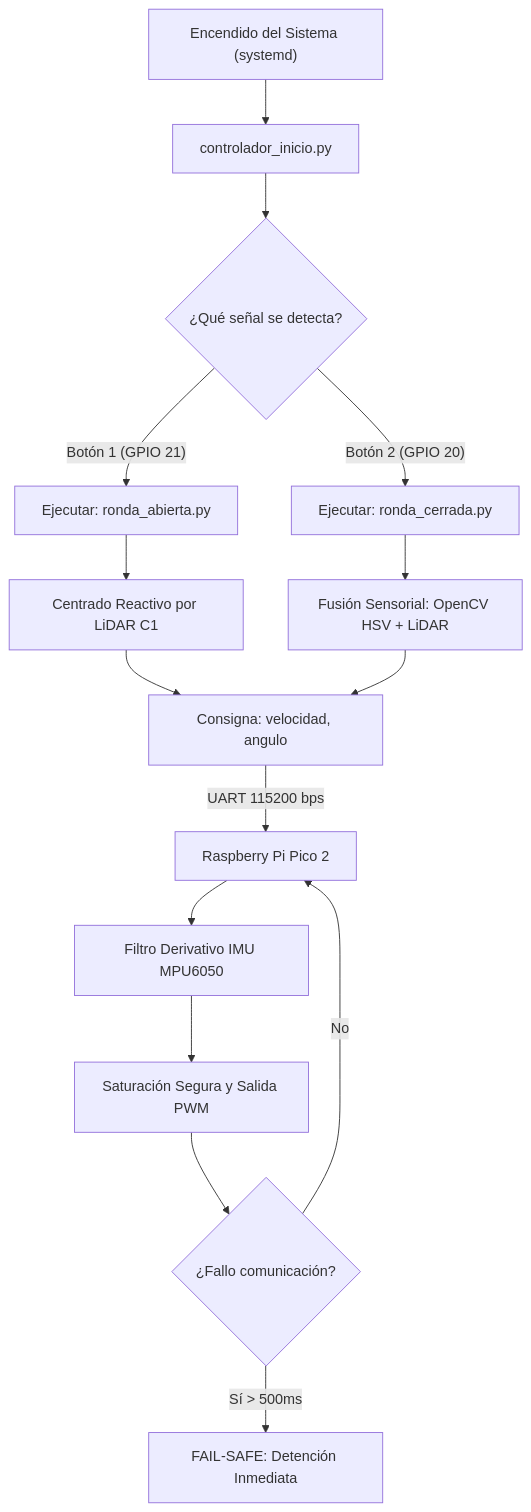
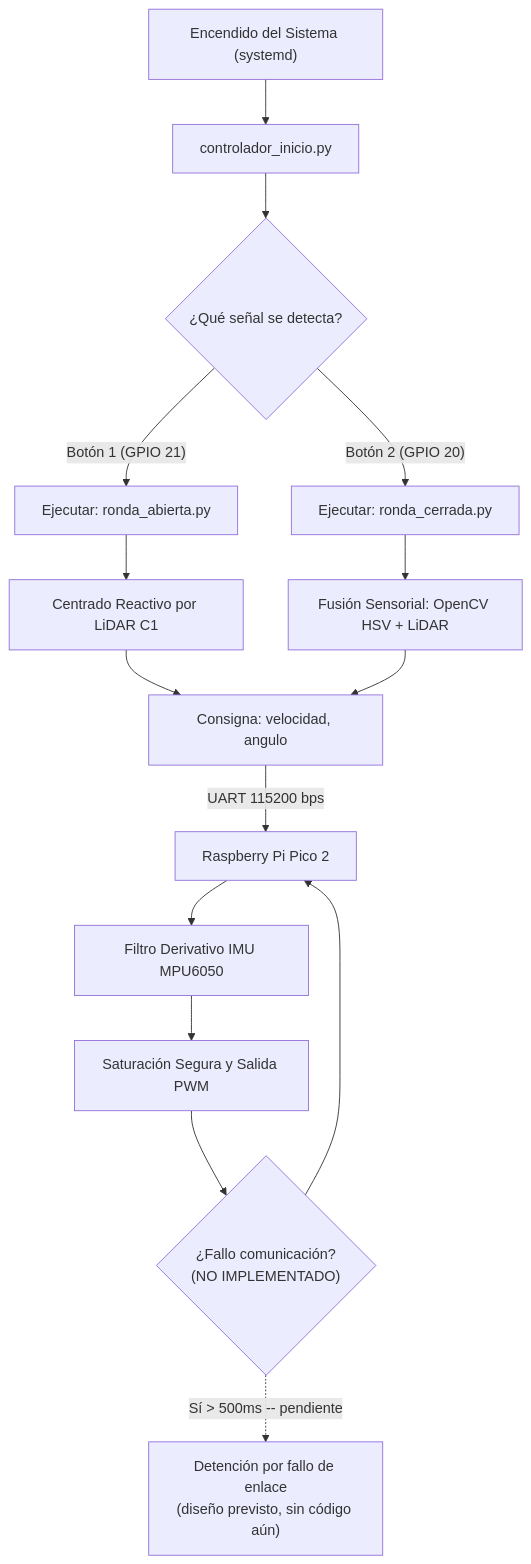
One commit to Team-Los-Cedros/WRO-FE-26 changed the first of 4 diagrams in README.md. Above: the diagram before and after it, drawn with Mermaid. The commit also changed other lines of this file, not shown here.

First line of the commit message:
docs: auditar los 4 diagramas Mermaid del repo contra el codigo real

````diff
--- a/README.md
+++ b/README.md
@@ -274,23 +274,23 @@
 ```mermaid
 graph TD
     A["Encendido del Sistema (systemd)"] --> B["controlador_inicio.py"]
     B --> C{"¿Qué señal se detecta?"}
     
     C -->|"Botón 1 (GPIO 21)"| D["Ejecutar: ronda_abierta.py"]
     C -->|"Botón 2 (GPIO 20)"| E["Ejecutar: ronda_cerrada.py"]
     
     D --> F["Centrado Reactivo por LiDAR C1"]
     E --> G["Fusión Sensorial: OpenCV HSV + LiDAR"]
     
     F --> H["Consigna: velocidad, angulo"]
     G --> H
     
     H -->|"UART 115200 bps"| I["Raspberry Pi Pico 2"]
     I --> J["Filtro Derivativo IMU MPU6050"]
     J --> K["Saturación Segura y Salida PWM"]
     
-    K --> L{"¿Fallo comunicación?"}
-    L -->|"Sí > 500ms"| M["FAIL-SAFE: Detención Inmediata"]
-    L -->|"No"| I
+    K --> L{"¿Fallo comunicación?\n(NO IMPLEMENTADO)"}
+    L -.->|"Sí > 500ms -- pendiente"| M["Detención por fallo de enlace\n(diseño previsto, sin código aún)"]
+    L --> I
 
 ```
````
